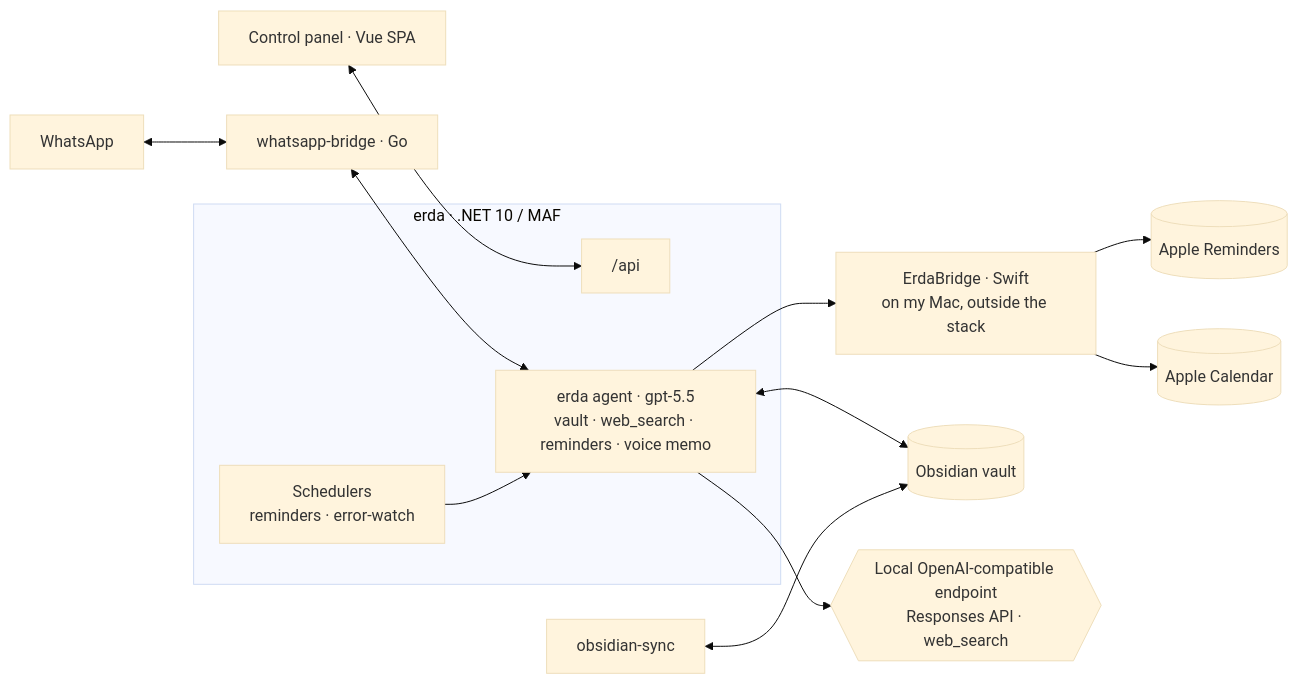
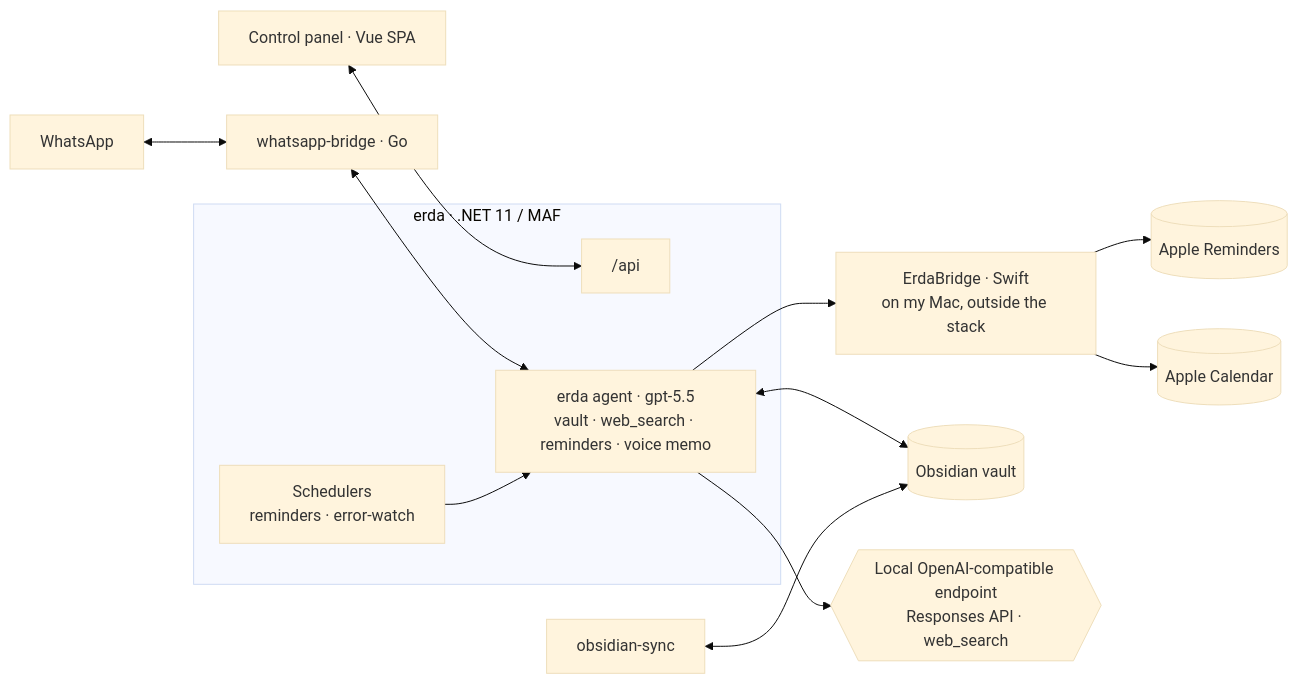
One commit to philphilphil/Erda changed the diagram in README.md. Above: the diagram before and after it, drawn with Mermaid (base theme). The commit also changed other lines of this file and 19 other files, not shown here.

First line of the commit message:
chore(deps): .NET 11, MAF 1.28, xunit.v3, Go 1.27, Node 26 and latest packages

````diff
--- a/README.md
+++ b/README.md
@@ -51,20 +51,20 @@
 ```mermaid
 flowchart LR
     wa["WhatsApp"] <--> bridge["whatsapp-bridge · Go"]
     panel["Control panel · Vue SPA"] <--> api["/api"]
 
-    subgraph erda["erda · .NET 10 / MAF"]
+    subgraph erda["erda · .NET 11 / MAF"]
       agent["erda agent · gpt-5.5<br/>vault · web_search · reminders · voice memo"]
       sched["Schedulers<br/>reminders · error-watch"]
       api
     end
 
     bridge <--> agent
     sched --> agent
     agent --> mac["ErdaBridge · Swift<br/>on my Mac, outside the stack"]
     mac --> ek[("Apple Reminders")]
     mac --> cal[("Apple Calendar")]
     agent <--> vault[("Obsidian vault")]
     sync["obsidian-sync"] <--> vault
     agent --> endpoint{{"Local OpenAI-compatible endpoint<br/>Responses API · web_search"}}
 ```
````
